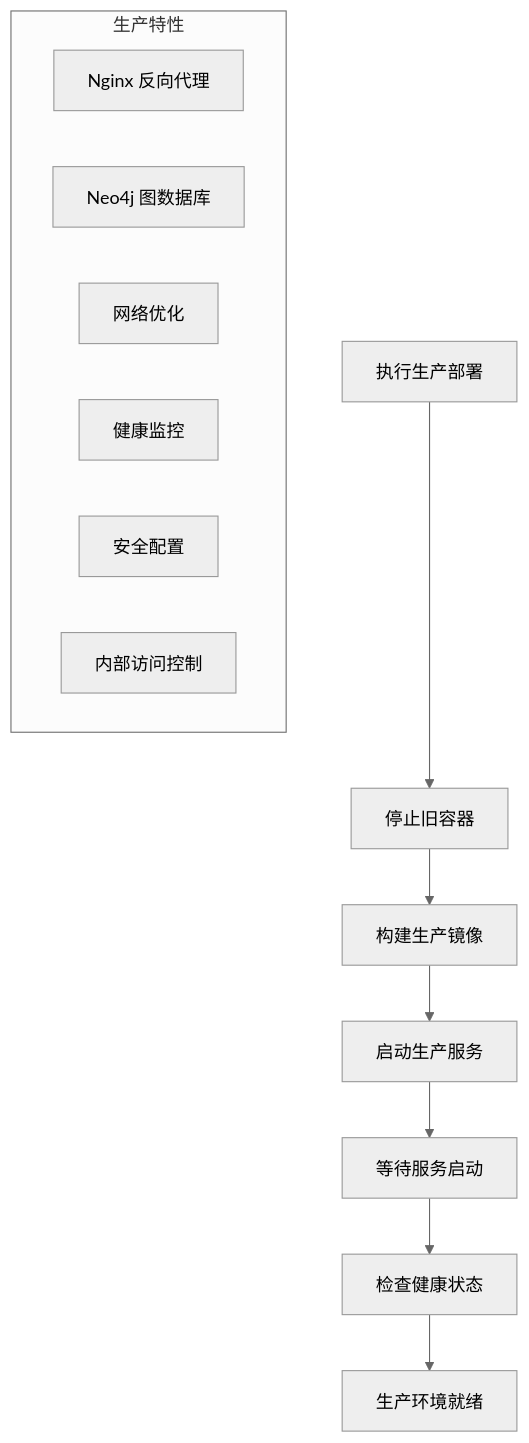
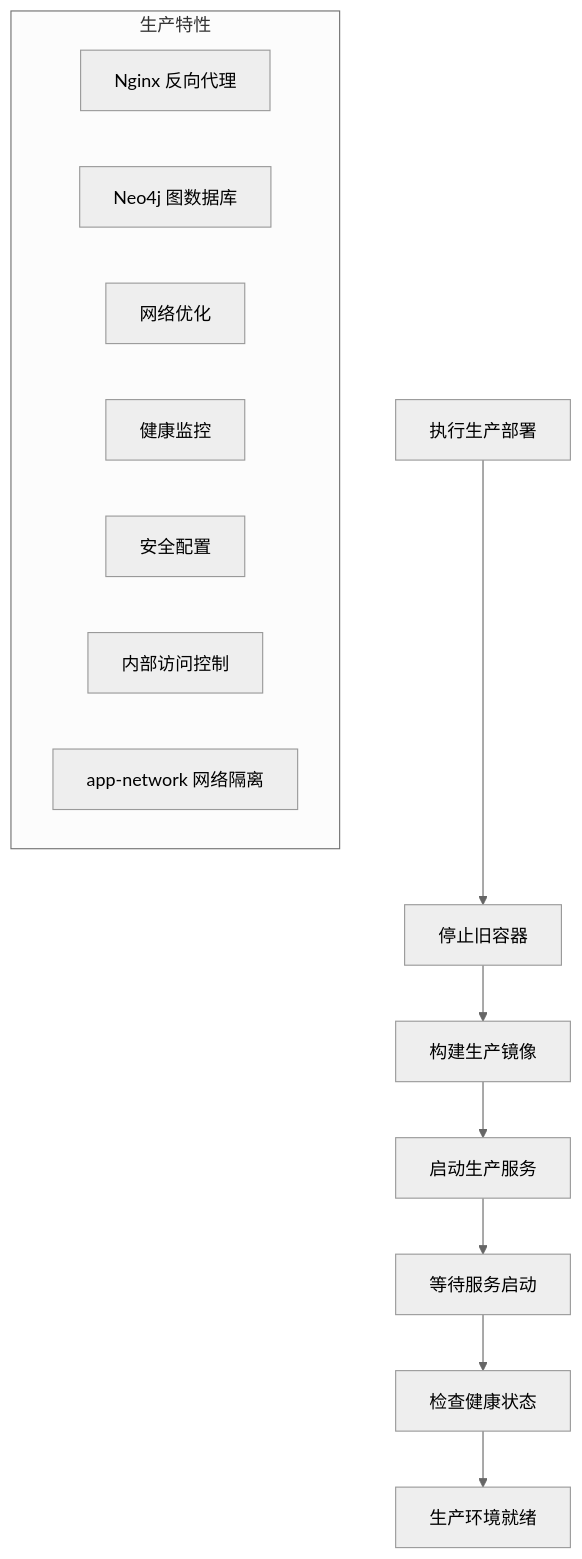
Before and after one commit to xfbyxq/ai-novel-system: diagram 16 of 21 in .qoder/repowiki/zh/content/Docker Deployment.md, drawn with Mermaid (neutral theme). The commit also changed other lines of this file and 9 other files, not shown here.

First line of the commit message:
feat(core): 完善v2.1.0版本，新增Neo4j图数据库及多项智能功能

````diff
--- a/.qoder/repowiki/zh/content/Docker Deployment.md
+++ b/.qoder/repowiki/zh/content/Docker Deployment.md
@@ -721,17 +730,18 @@
 ```mermaid
 flowchart TD
 START[执行生产部署] --> STOP_OLD[停止旧容器]
 STOP_OLD --> BUILD_IMAGES[构建生产镜像]
 BUILD_IMAGES --> START_SERVICES[启动生产服务]
 START_SERVICES --> WAIT[等待服务启动]
 WAIT --> CHECK_HEALTH[检查健康状态]
 CHECK_HEALTH --> PROD_READY[生产环境就绪]
 subgraph "生产特性"
 NGINX_PROXY[Nginx 反向代理]
 NEO4J_DATABASE[Neo4j 图数据库]
 NETWORK_OPTIMIZATION[网络优化]
 HEALTH_MONITORING[健康监控]
 SECURITY_CONFIG[安全配置]
 INTERNAL_ACCESS[内部访问控制]
+APP_NETWORK[app-network 网络隔离]
 end
 ```
````
